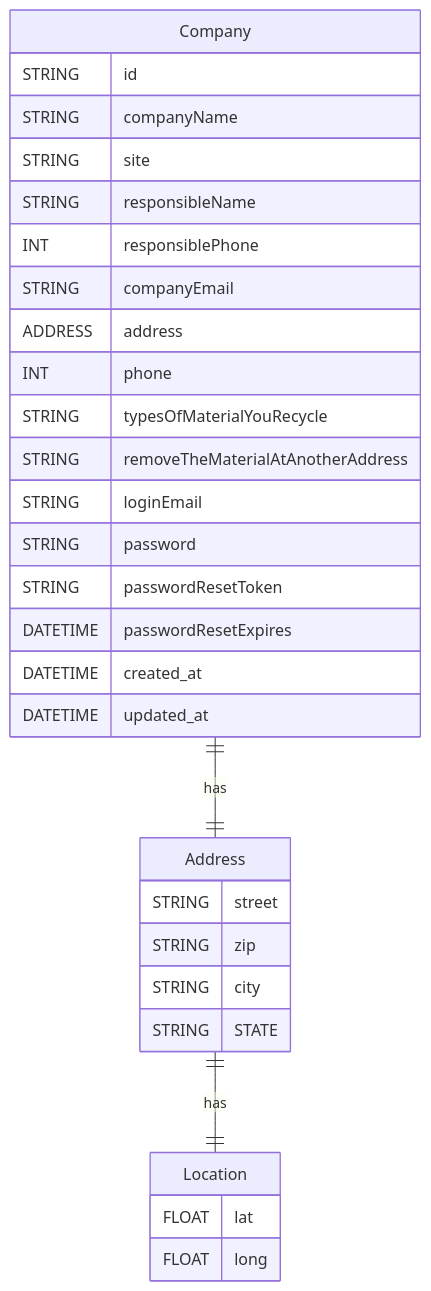
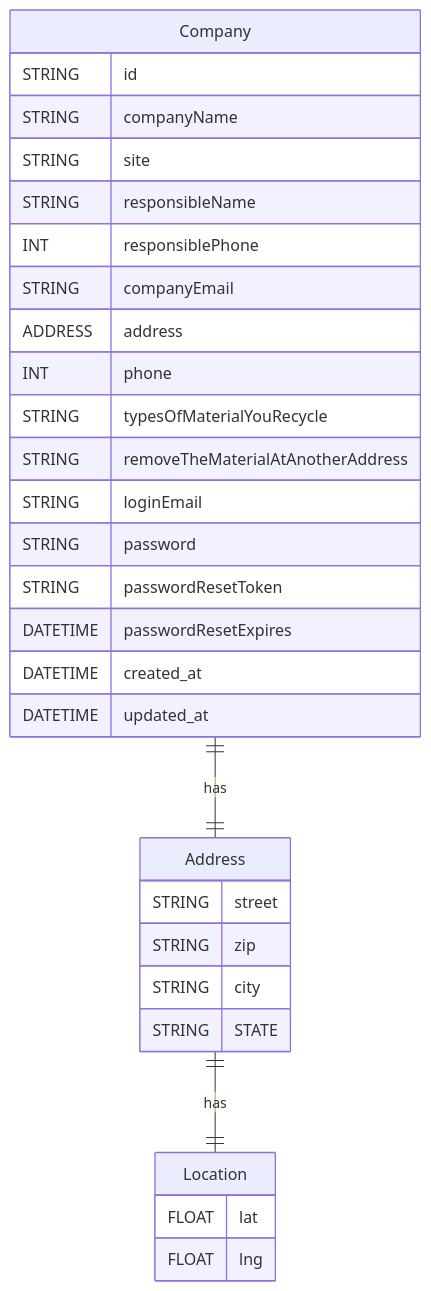
One commit to csvjunior/backend-recollect changed the diagram in README.md. Above: the diagram before and after it, drawn with Mermaid. The commit also changed 5 other files, not shown here.

````diff
--- a/README.md
+++ b/README.md
@@ -7,33 +7,33 @@
 ```mermaid
 erDiagram
     Company ||--|| Address: has
     Company{
         STRING id
         STRING companyName
         STRING site
         STRING responsibleName
         INT responsiblePhone
         STRING companyEmail
         ADDRESS address
         INT phone
         STRING typesOfMaterialYouRecycle
         STRING removeTheMaterialAtAnotherAddress
         STRING loginEmail
         STRING password
         STRING passwordResetToken
         DATETIME passwordResetExpires
         DATETIME created_at
         DATETIME updated_at
     }
     Address {
         STRING street
         STRING zip
         STRING city
         STRING STATE
     }
     Address ||--|| Location: has
     Location{
         FLOAT lat
-        FLOAT long
+        FLOAT lng
     }
 ```
````
